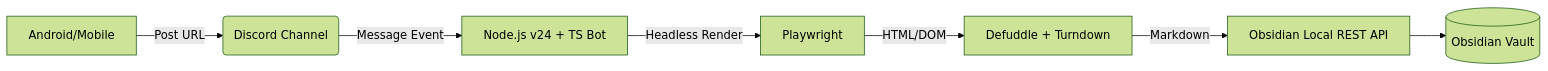
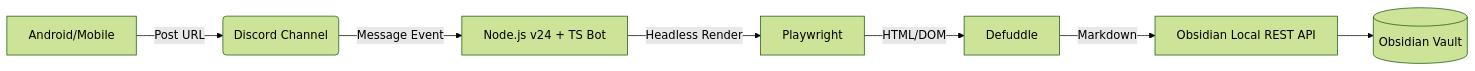
One commit to Maki-Daisuke/obsidian-remote-clipper changed the diagram in README.md. Above: the diagram before and after it, drawn with Mermaid (forest theme). The commit also changed other lines of this file, not shown here.

````diff
--- a/README.md
+++ b/README.md
@@ -17,10 +17,9 @@
 ```mermaid
 graph LR
     A[Android/Mobile] -- "Post URL" --> B(Discord Channel)
     B -- "Message Event" --> C[Node.js v24 + TS Bot]
     C -- "Headless Render" --> D[Playwright]
-    D -- "HTML/DOM" --> E[Defuddle + Turndown]
+    D -- "HTML/DOM" --> E[Defuddle]
     E -- "Markdown" --> F[Obsidian Local REST API]
     F --> G[(Obsidian Vault)]
-
 ```
````
